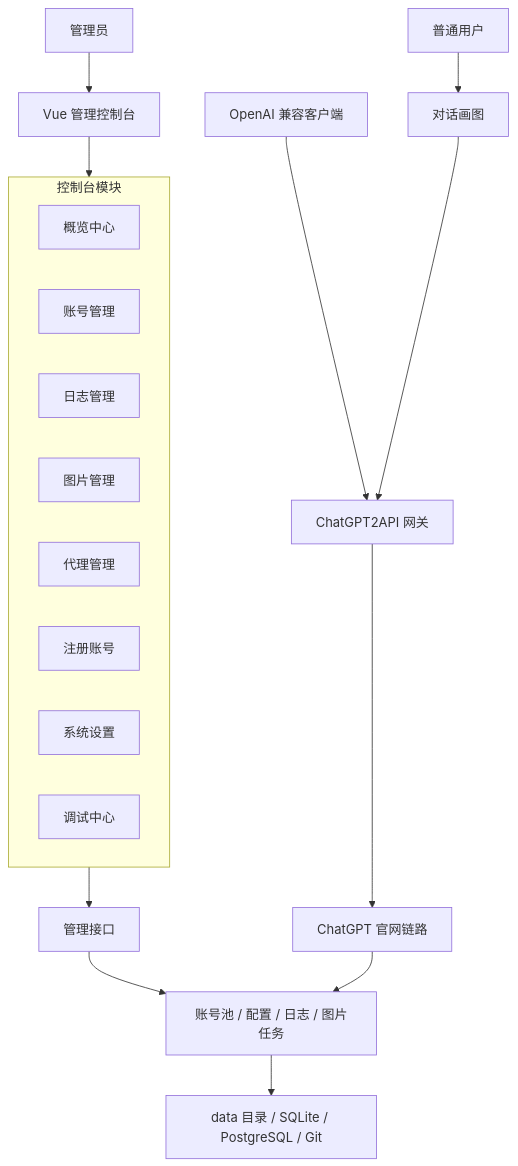
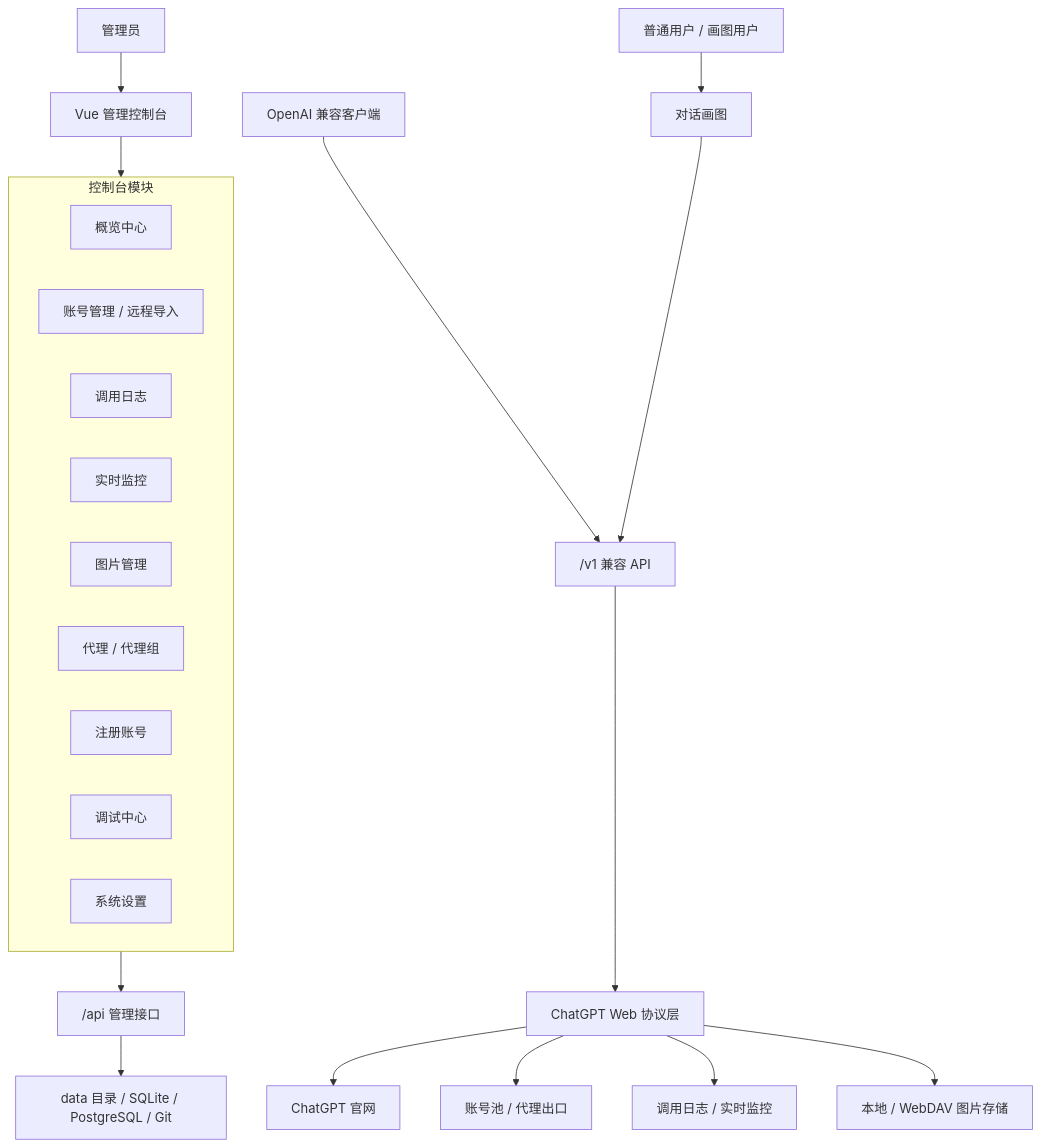
Before and after one commit to tootoai/chatgpt2api: the diagram in README.md, drawn with Mermaid. The commit also changed other lines of this file and 5 other files, not shown here.

````diff
--- a/README.md
+++ b/README.md
@@ -51,25 +53,28 @@
 ```mermaid
 flowchart TB
   Admin["管理员"] --> Console["Vue 管理控制台"]
-  User["普通用户"] --> ImageStudio["对话画图"]
-  Client["OpenAI 兼容客户端"] --> Gateway["ChatGPT2API 网关"]
+  User["普通用户 / 画图用户"] --> Studio["对话画图"]
+  Client["OpenAI 兼容客户端"] --> Gateway["/v1 兼容 API"]
 
   subgraph ConsoleModules["控制台模块"]
     Dashboard["概览中心"]
-    Accounts["账号管理"]
-    Logs["日志管理"]
+    Accounts["账号管理 / 远程导入"]
+    Logs["调用日志"]
+    Monitor["实时监控"]
     Gallery["图片管理"]
-    Proxy["代理管理"]
+    Proxy["代理 / 代理组"]
     Register["注册账号"]
+    Debug["调试中心"]
     Settings["系统设置"]
-    Debug["调试中心"]
   end
 
   Console --> ConsoleModules
-  ImageStudio --> Gateway
-  Gateway --> Runtime["ChatGPT 官网链路"]
-  ConsoleModules --> AdminAPI["管理接口"]
-  AdminAPI --> Domain["账号池 / 配置 / 日志 / 图片任务"]
-  Runtime --> Domain
-  Domain --> Storage["data 目录 / SQLite / PostgreSQL / Git"]
+  Studio --> Gateway
+  Gateway --> Protocol["ChatGPT Web 协议层"]
+  Protocol --> Upstream["ChatGPT 官网"]
+  Protocol --> AccountsPool["账号池 / 代理出口"]
+  Protocol --> LogsStore["调用日志 / 实时监控"]
+  Protocol --> ImageStore["本地 / WebDAV 图片存储"]
+  ConsoleModules --> AdminAPI["/api 管理接口"]
+  AdminAPI --> DataStore["data 目录 / SQLite / PostgreSQL / Git"]
 ```
````
